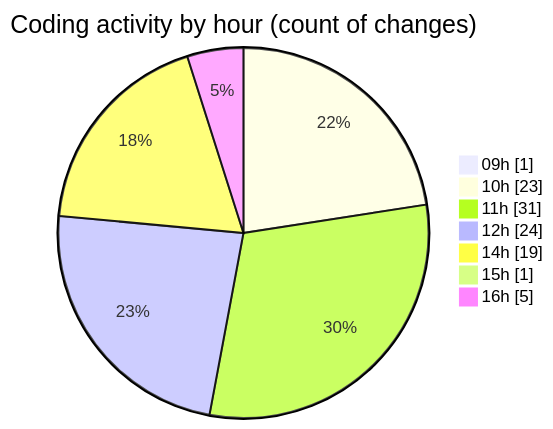
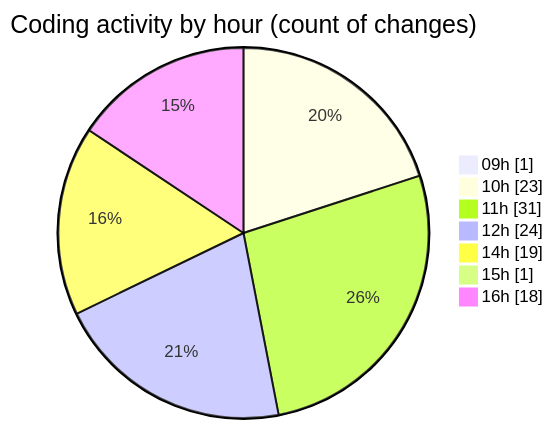
The second of 2 diagrams in 2026-10-20/cda/README.md (momahboobian/code-tracking), drawn with Mermaid before and after one commit. The commit also changed other lines of this file and 1 other file, not shown here.

````diff
--- a/2026-10-20/cda/README.md
+++ b/2026-10-20/cda/README.md
@@ -52,11 +61,11 @@
 ```mermaid
 pie showData
 title Coding activity by hour (count of changes)
 "09h" : 1
 "10h" : 23
 "11h" : 31
 "12h" : 24
 "14h" : 19
 "15h" : 1
-"16h" : 5
+"16h" : 18
 ```
````
